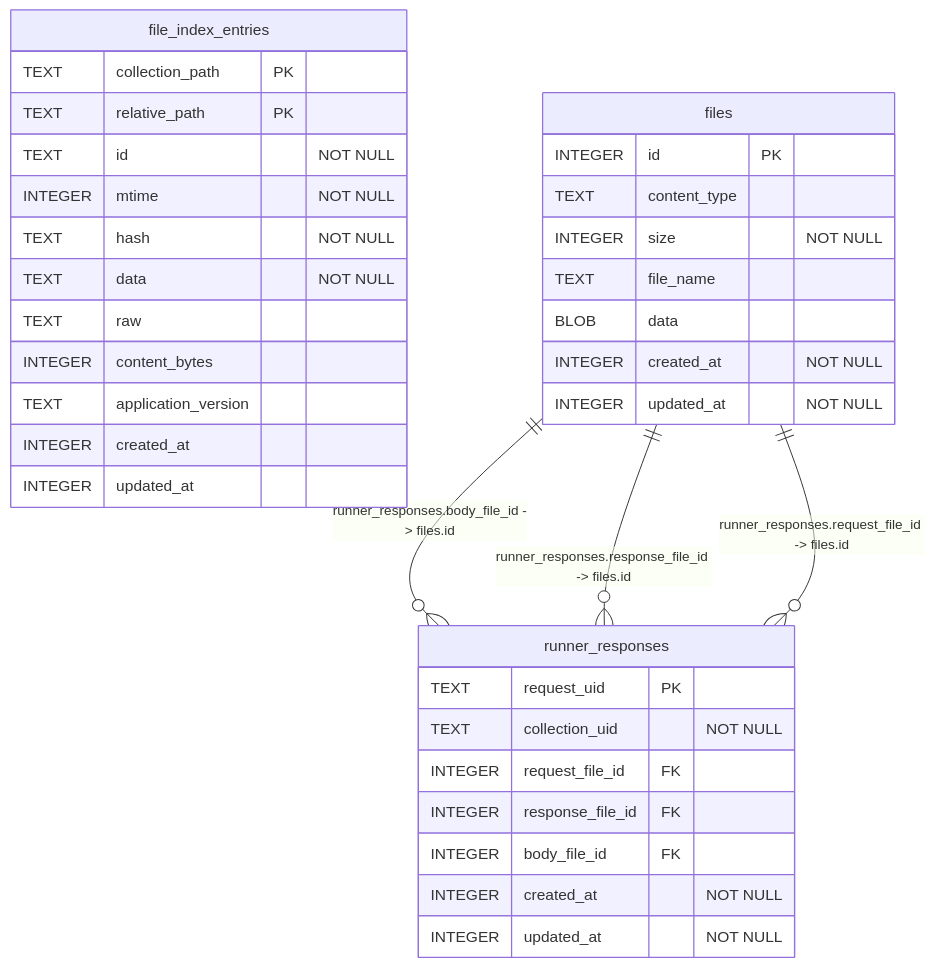
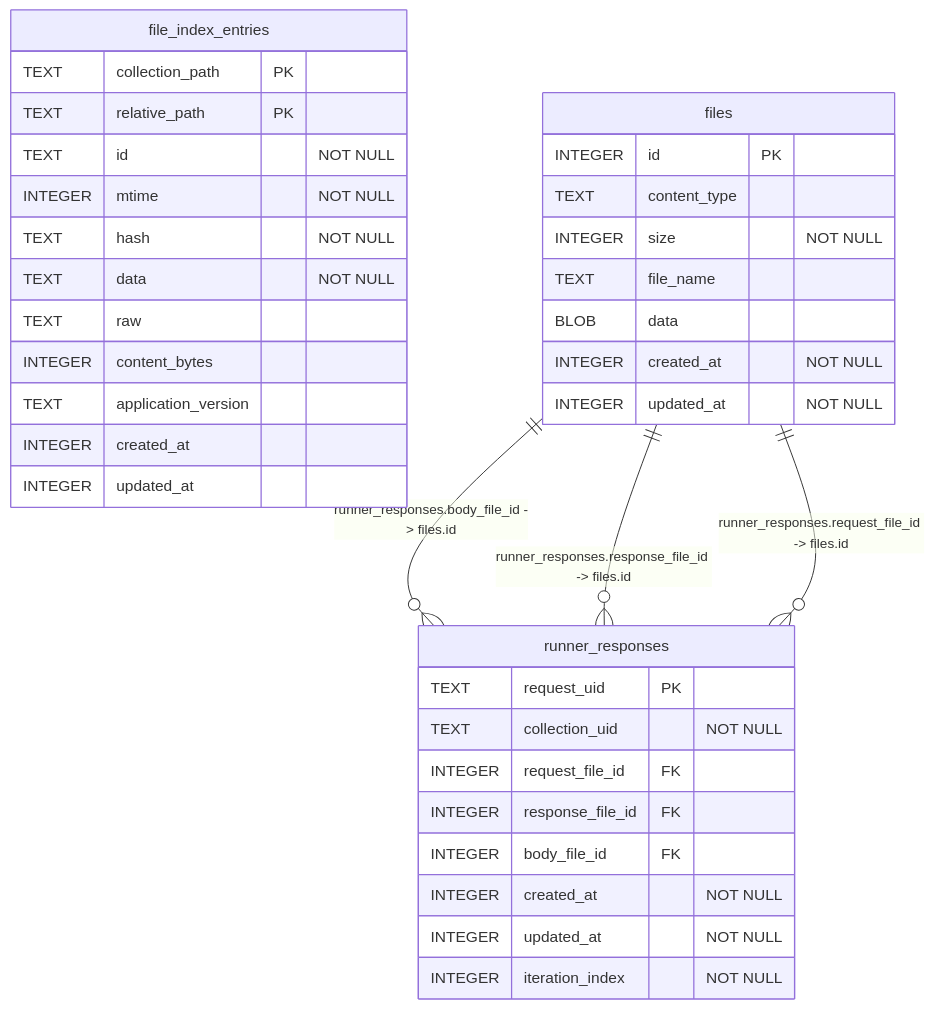
Before and after one commit to usebruno/bruno: the diagram in packages/bruno-sqlite/SCHEMA.md, drawn with Mermaid. The commit also changed other lines of this file and 15 other files, not shown here.

````diff
--- a/packages/bruno-sqlite/SCHEMA.md
+++ b/packages/bruno-sqlite/SCHEMA.md
@@ -7,37 +7,38 @@
 ```mermaid
 erDiagram
   file_index_entries {
     TEXT collection_path PK
     TEXT relative_path PK
     TEXT id "NOT NULL"
     INTEGER mtime "NOT NULL"
     TEXT hash "NOT NULL"
     TEXT data "NOT NULL"
     TEXT raw
     INTEGER content_bytes
     TEXT application_version
     INTEGER created_at
     INTEGER updated_at
   }
   files {
     INTEGER id PK
     TEXT content_type
     INTEGER size "NOT NULL"
     TEXT file_name
     BLOB data
     INTEGER created_at "NOT NULL"
     INTEGER updated_at "NOT NULL"
   }
   runner_responses {
     TEXT request_uid PK
     TEXT collection_uid "NOT NULL"
     INTEGER request_file_id FK
     INTEGER response_file_id FK
     INTEGER body_file_id FK
     INTEGER created_at "NOT NULL"
     INTEGER updated_at "NOT NULL"
+    INTEGER iteration_index "NOT NULL"
   }
   files ||--o{ runner_responses : "runner_responses.body_file_id -> files.id"
   files ||--o{ runner_responses : "runner_responses.response_file_id -> files.id"
   files ||--o{ runner_responses : "runner_responses.request_file_id -> files.id"
 ```
````
